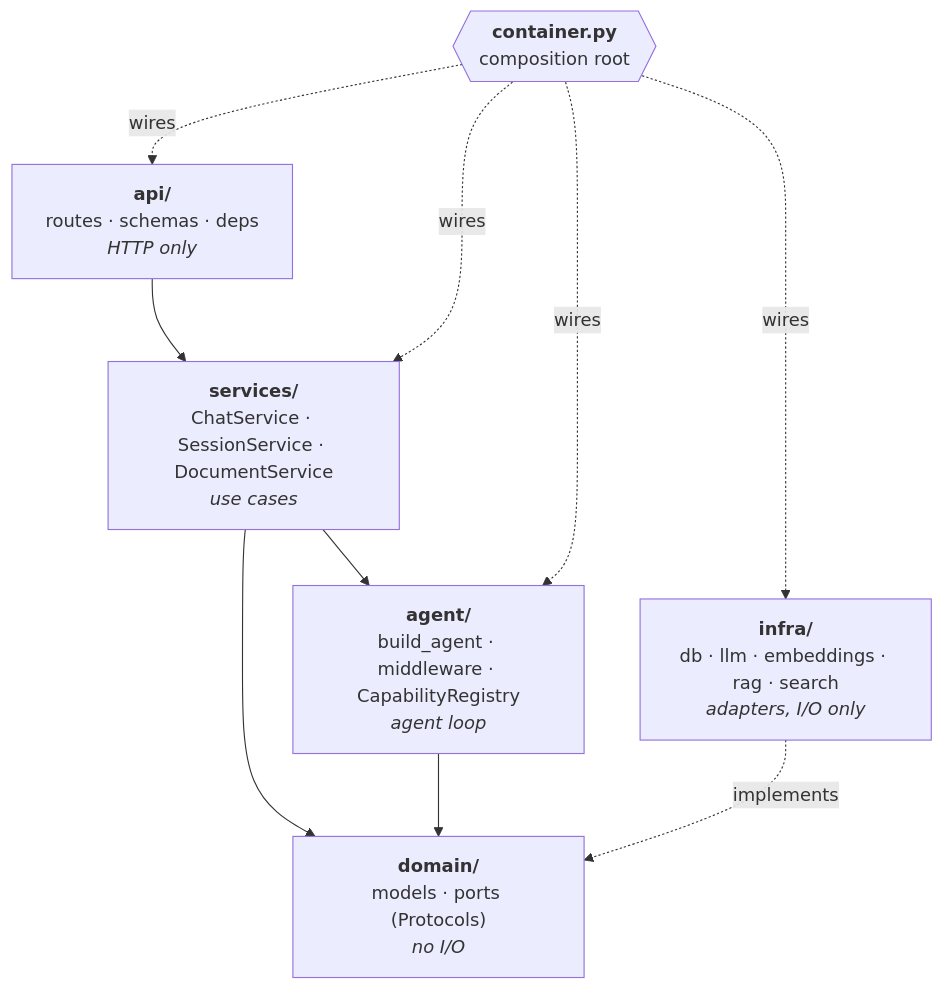
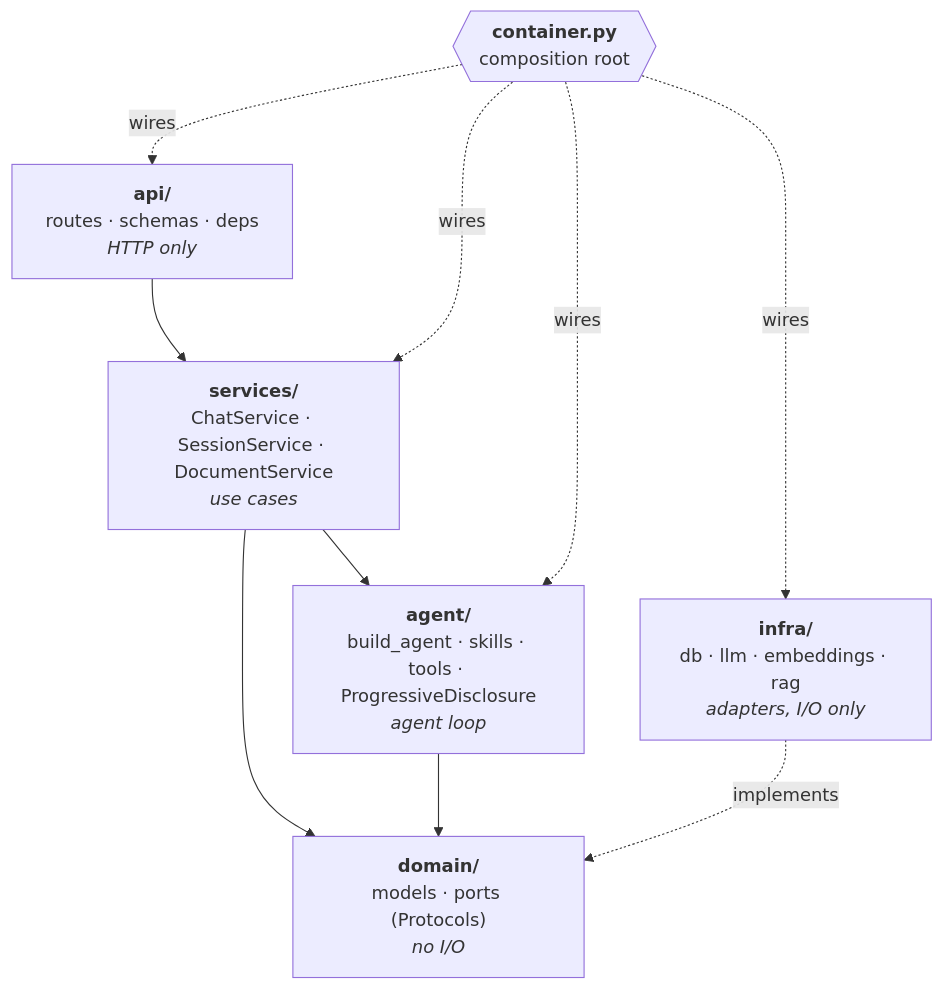
One commit to reddybharat/agentic-rag changed the second of 6 diagrams in docs/architecture.md. Above: the diagram before and after it, drawn with Mermaid. The commit also changed other lines of this file and 27 other files, not shown here.

Commit message:
Add skills with progressive disclosure, restructure docs 2

````diff
--- a/docs/architecture.md
+++ b/docs/architecture.md
@@ -43,19 +43,19 @@
 ```mermaid
 flowchart TB
     api["<b>api/</b><br/>routes · schemas · deps<br/><i>HTTP only</i>"]
     services["<b>services/</b><br/>ChatService · SessionService · DocumentService<br/><i>use cases</i>"]
-    agent["<b>agent/</b><br/>build_agent · middleware · CapabilityRegistry<br/><i>agent loop</i>"]
+    agent["<b>agent/</b><br/>build_agent · skills · tools · ProgressiveDisclosure<br/><i>agent loop</i>"]
     domain["<b>domain/</b><br/>models · ports (Protocols)<br/><i>no I/O</i>"]
-    infra["<b>infra/</b><br/>db · llm · embeddings · rag · search<br/><i>adapters, I/O only</i>"]
+    infra["<b>infra/</b><br/>db · llm · embeddings · rag<br/><i>adapters, I/O only</i>"]
     container{{"<b>container.py</b><br/>composition root"}}
 
     api --> services
     services --> domain
     services --> agent
     agent --> domain
     infra -. implements .-> domain
     container -. wires .-> api
     container -. wires .-> services
     container -. wires .-> agent
     container -. wires .-> infra
 ```
````
